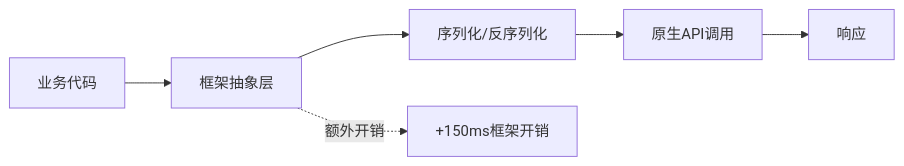
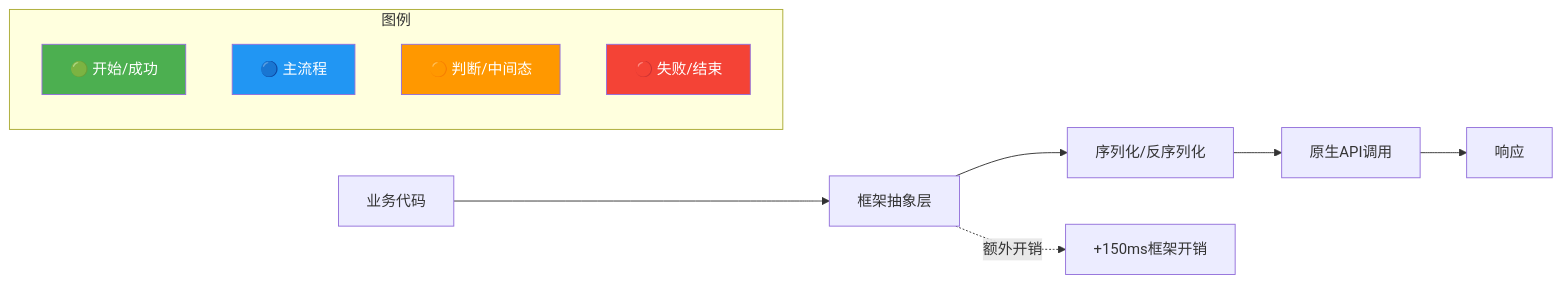
The diagram in questions/ai-harness/ai-h-010.md (SunArthur86/interview-2026), drawn with Mermaid before and after one commit. The commit also changed other lines of this file and 3180 other files, not shown here.

First line of the commit message:
Mermaid颜色增强99% + 面试频率分类(高频1571/中频1115/低频461)

````diff
--- a/questions/ai-harness/ai-h-010.md
+++ b/questions/ai-harness/ai-h-010.md
@@ -101,8 +102,26 @@
 ```mermaid
 flowchart LR
+    classDef start fill:#4CAF50,color:#fff
+    classDef process fill:#2196F3,color:#fff
+    classDef decision fill:#FF9800,color:#fff
+    classDef special fill:#9C27B0,color:#fff
+    classDef error fill:#f44336,color:#fff
+    classDef info fill:#607D8B,color:#fff
+    class API start
+    class Code process
+    class Framework decision
+    class Overhead special
+    class Response error
+    class Serialize info
     Code[业务代码] --> Framework[框架抽象层]
     Framework --> Serialize[序列化/反序列化]
     Serialize --> API[原生API调用]
     API --> Response[响应]
     Framework -.->|额外开销| Overhead[+150ms框架开销]
+    subgraph Legend["图例"]
+        L1["🟢 开始/成功"]:::start
+        L2["🔵 主流程"]:::process
+        L3["🟠 判断/中间态"]:::decision
+        L4["🔴 失败/结束"]:::error
+    end
 ```
````
